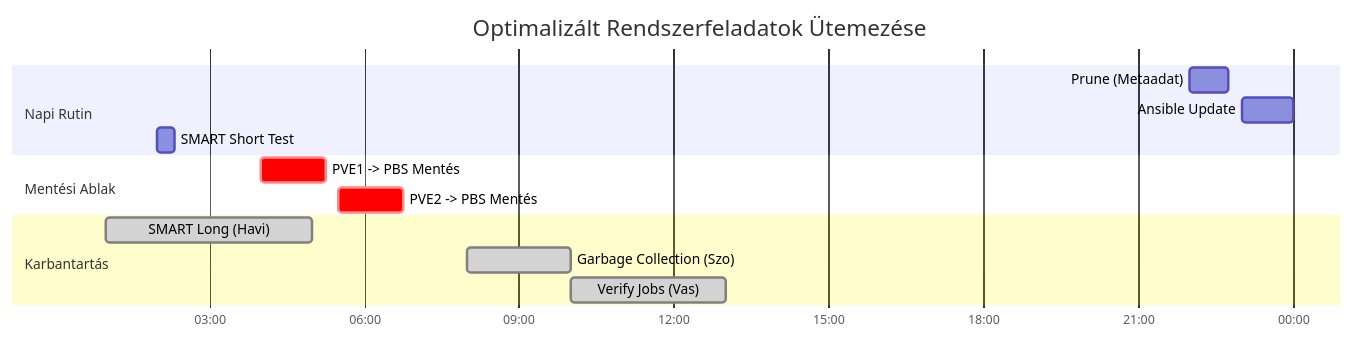
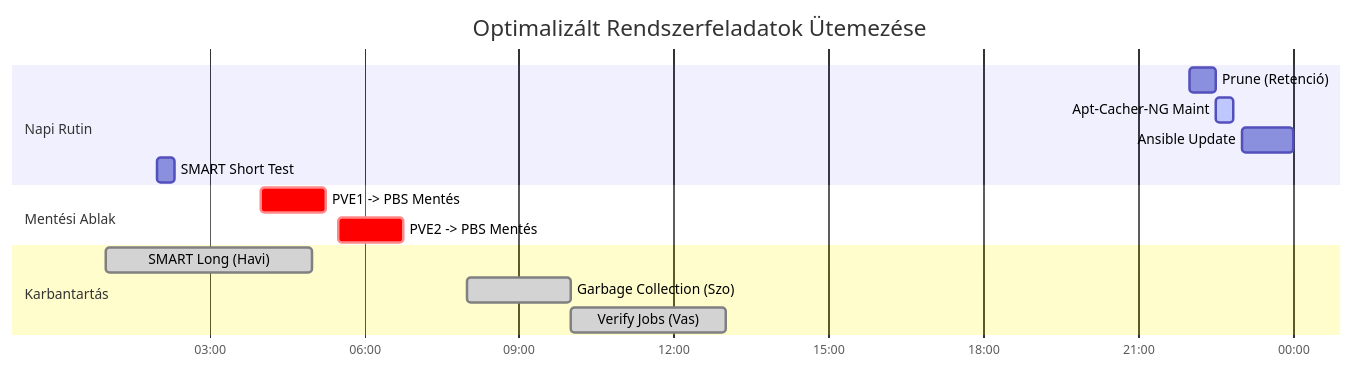
One commit to torokrolf/homelab changed the second of 2 diagrams in 13-Design_Decisions/README_HU.md. Above: the diagram before and after it, drawn with Mermaid. The commit also changed other lines of this file, not shown here.

````diff
--- a/13-Design_Decisions/README_HU.md
+++ b/13-Design_Decisions/README_HU.md
@@ -128,21 +128,22 @@
 ```mermaid
 gantt
     title Optimalizált Rendszerfeladatok Ütemezése
     dateFormat  HH:mm
     axisFormat  %H:%M
     todayMarker off
 
     section Napi Rutin
-    Prune (Metaadat)             : 22:00, 45m
+    Prune (Retenció)             : 22:00, 30m
+    Apt-Cacher-NG Maint          : active, 22:30, 20m
     Ansible Update               : 23:00, 60m
     SMART Short Test             : 02:00, 20m
 
     section Mentési Ablak
     PVE1 -> PBS Mentés           :crit, 04:00, 75m
     PVE2 -> PBS Mentés           :crit, 05:30, 75m
 
     section Karbantartás
     SMART Long (Havi)            :done, 01:00, 4h
     Garbage Collection (Szo)     :done, 08:00, 2h
     Verify Jobs (Vas)            :done, 10:00, 3h
 ```
````
